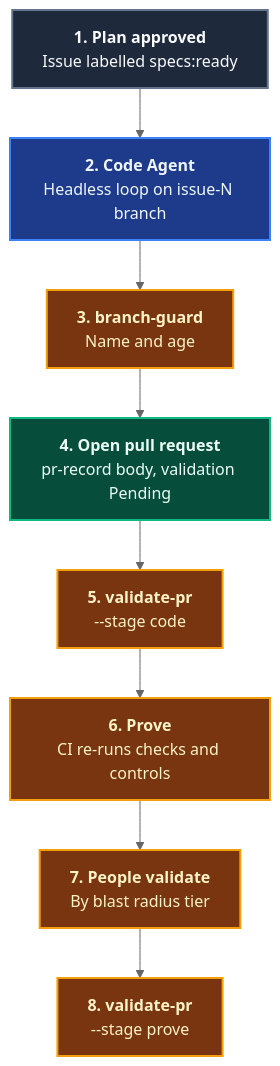
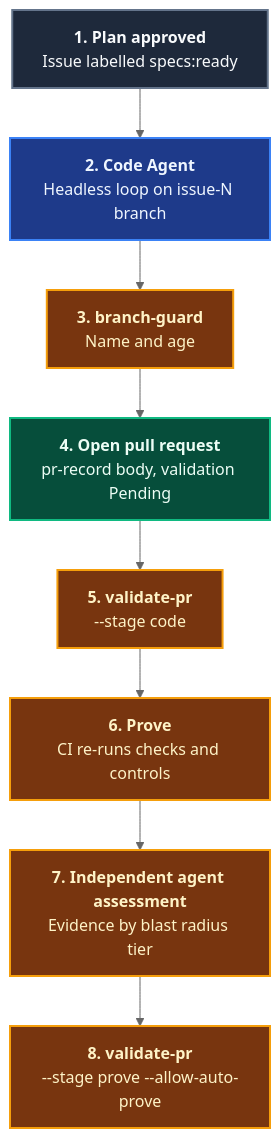
One commit to ALTEN-group/coding-pal changed the second of 2 diagrams in website/docs/guide/domain-code.md. Above: the diagram before and after it, drawn with Mermaid (neutral theme). The commit also changed other lines of this file and 45 other files, not shown here.

````diff
--- a/website/docs/guide/domain-code.md
+++ b/website/docs/guide/domain-code.md
@@ -148,23 +147,23 @@
 ```mermaid
 ---
 caption: GitHub Actions Pull Request Gate (Code -> Prove)
 ---
 flowchart TD
     LBL["<b>1. Plan approved</b><br/>Issue labelled specs:ready"] --> AG["<b>2. Code Agent</b><br/>Headless loop on issue-N branch"]
     AG --> BG["<b>3. branch-guard</b><br/>Name and age"]
     BG --> PR["<b>4. Open pull request</b><br/>pr-record body, validation Pending"]
     PR --> V1["<b>5. validate-pr</b><br/>--stage code"]
     V1 --> CI["<b>6. Prove</b><br/>CI re-runs checks and controls"]
-    CI --> HUM["<b>7. People validate</b><br/>By blast radius tier"]
-    HUM --> V2["<b>8. validate-pr</b><br/>--stage prove"]
+    CI --> HUM["<b>7. Independent agent assessment</b><br/>Evidence by blast radius tier"]
+    HUM --> V2["<b>8. validate-pr</b><br/>--stage prove --allow-auto-prove"]
 
     classDef input fill:#1e293b,stroke:#64748b,stroke-width:2px,color:#f8fafc;
     classDef runner fill:#78350f,stroke:#f59e0b,stroke-width:2px,color:#fef3c7;
     classDef agent fill:#1e3a8a,stroke:#3b82f6,stroke-width:2px,color:#eff6ff;
     classDef git fill:#064e3b,stroke:#10b981,stroke-width:2px,color:#ecfdf5;
 
     class LBL input;
     class BG,V1,V2,CI,HUM runner;
     class AG agent;
     class PR git;
 ```
````
